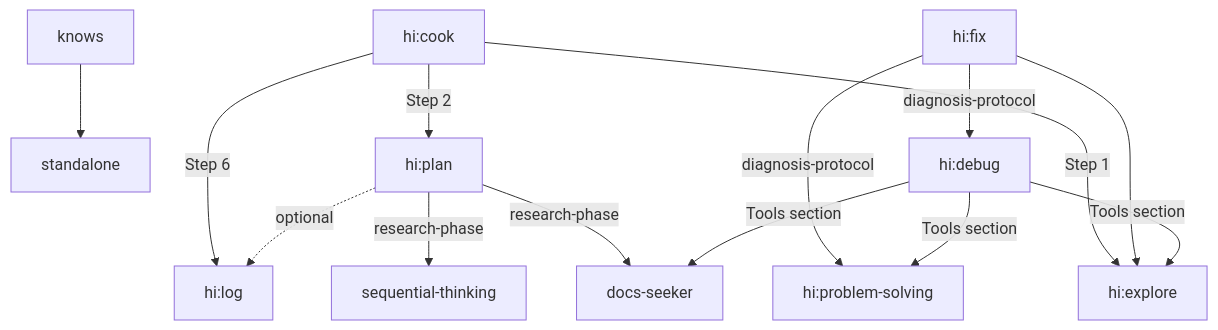
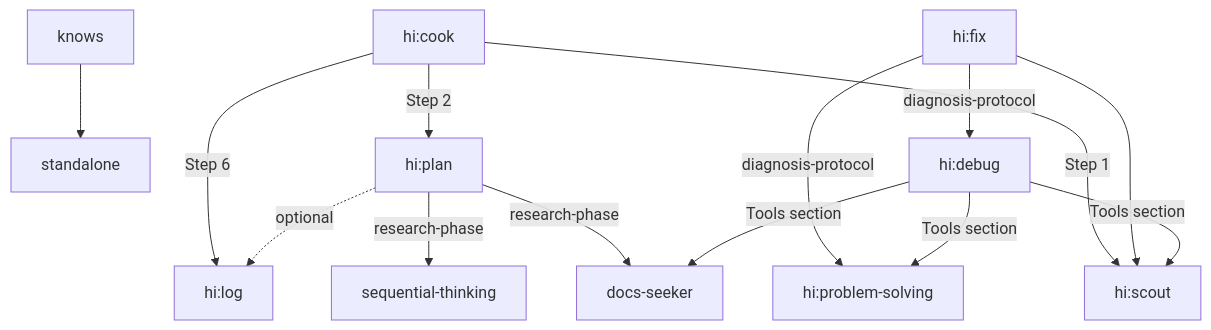
One commit to baka3k/dev-kit changed the diagram in dependency.md. Above: the diagram before and after it, drawn with Mermaid. The commit also changed other lines of this file and 28 other files, not shown here.

````diff
--- a/dependency.md
+++ b/dependency.md
@@ -9,17 +9,17 @@
 ```mermaid
 graph TD
     knows[knows] --> standalone
-    cook[hi:cook] --> |Step 1| explore[hi:explore]
+    cook[hi:cook] --> |Step 1| scout[hi:scout]
     cook --> |Step 2| plan[hi:plan]
     cook --> |Step 6| log[hi:log]
     plan --> |research-phase| seqthink[sequential-thinking]
     plan --> |research-phase| docs[docs-seeker]
     plan -.-> |optional| log
-    fix[hi:fix] --> explore
+    fix[hi:fix] --> scout
     fix --> |diagnosis-protocol| debug[hi:debug]
     fix --> |diagnosis-protocol| probsolve[hi:problem-solving]
     debug --> |Tools section| docs
-    debug --> |Tools section| explore
+    debug --> |Tools section| scout
     debug --> |Tools section| probsolve
 
 ```
````
